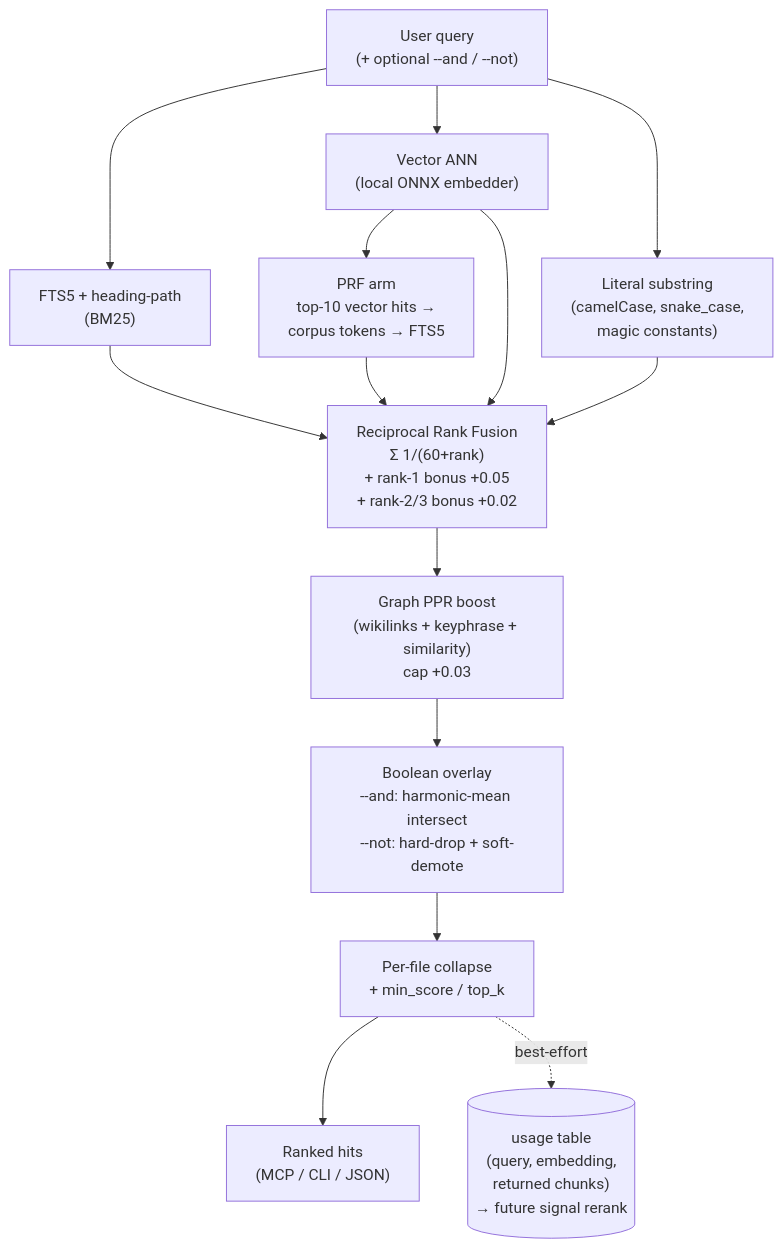
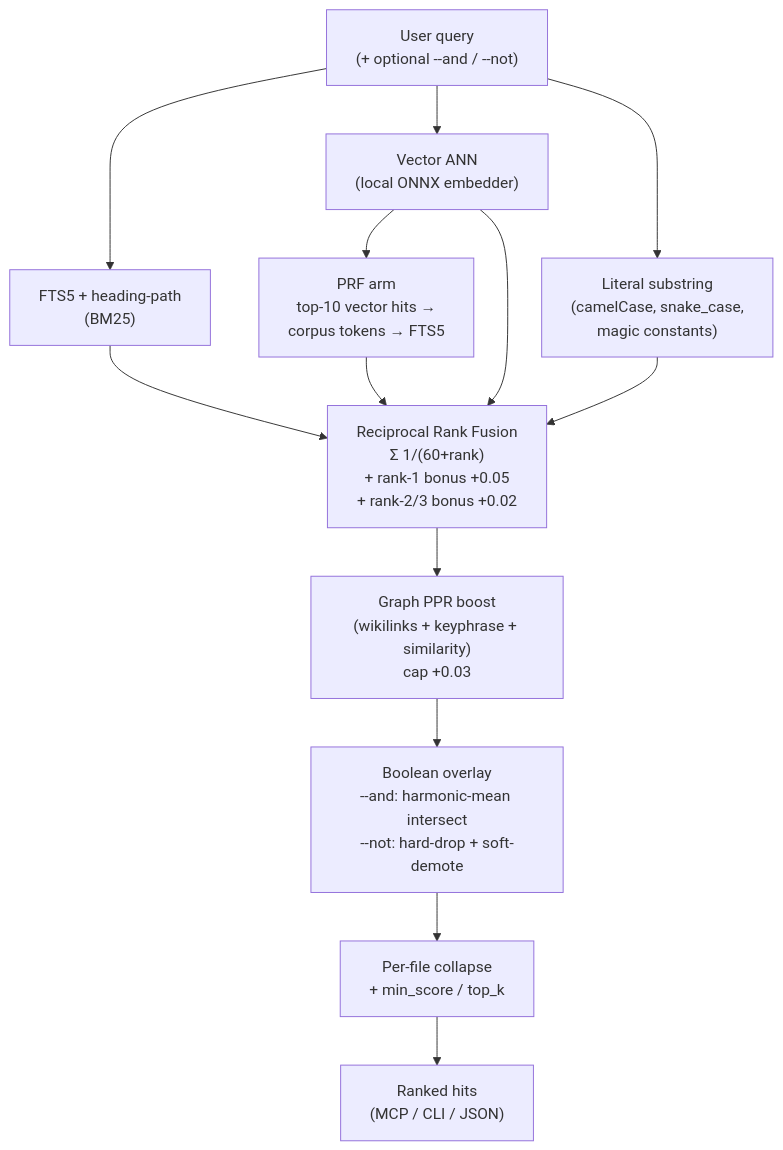
One commit to rach/dora changed the diagram in README.md. Above: the diagram before and after it, drawn with Mermaid.

Commit message:
diagram: drop the speculative 'future signal rerank' callout
The usage table is real (v0.6 logging + MCP multi_get attribution) but the
signal-rerank consumer doesn't exist yet. Architecture diagrams should show
what's wired, not what's planned. Usage logging is already explained in the
README's 'Usage logging' prose paragraph, so no information is lost.

````diff
--- a/README.md
+++ b/README.md
@@ -291,16 +291,15 @@
 ```mermaid
 flowchart TD
     Q["User query<br/>(+ optional --and / --not)"] --> FTS["FTS5 + heading-path<br/>(BM25)"]
     Q --> ANN["Vector ANN<br/>(local ONNX embedder)"]
     Q --> LIT["Literal substring<br/>(camelCase, snake_case,<br/>magic constants)"]
     ANN --> PRF["PRF arm<br/>top-10 vector hits →<br/>corpus tokens → FTS5"]
     FTS --> RRF["Reciprocal Rank Fusion<br/>Σ 1/(60+rank)<br/>+ rank-1 bonus +0.05<br/>+ rank-2/3 bonus +0.02"]
     ANN --> RRF
     LIT --> RRF
     PRF --> RRF
     RRF --> PPR["Graph PPR boost<br/>(wikilinks + keyphrase + similarity)<br/>cap +0.03"]
     PPR --> BOOL["Boolean overlay<br/>--and: harmonic-mean intersect<br/>--not: hard-drop + soft-demote"]
     BOOL --> COL["Per-file collapse<br/>+ min_score / top_k"]
     COL --> OUT["Ranked hits<br/>(MCP / CLI / JSON)"]
-    COL -. best-effort .-> LOG[("usage table<br/>(query, embedding,<br/>returned chunks)<br/>→ future signal rerank")]
 ```
````
